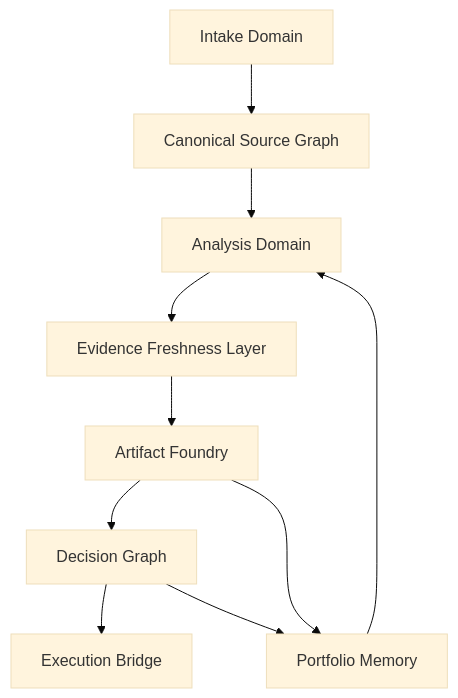
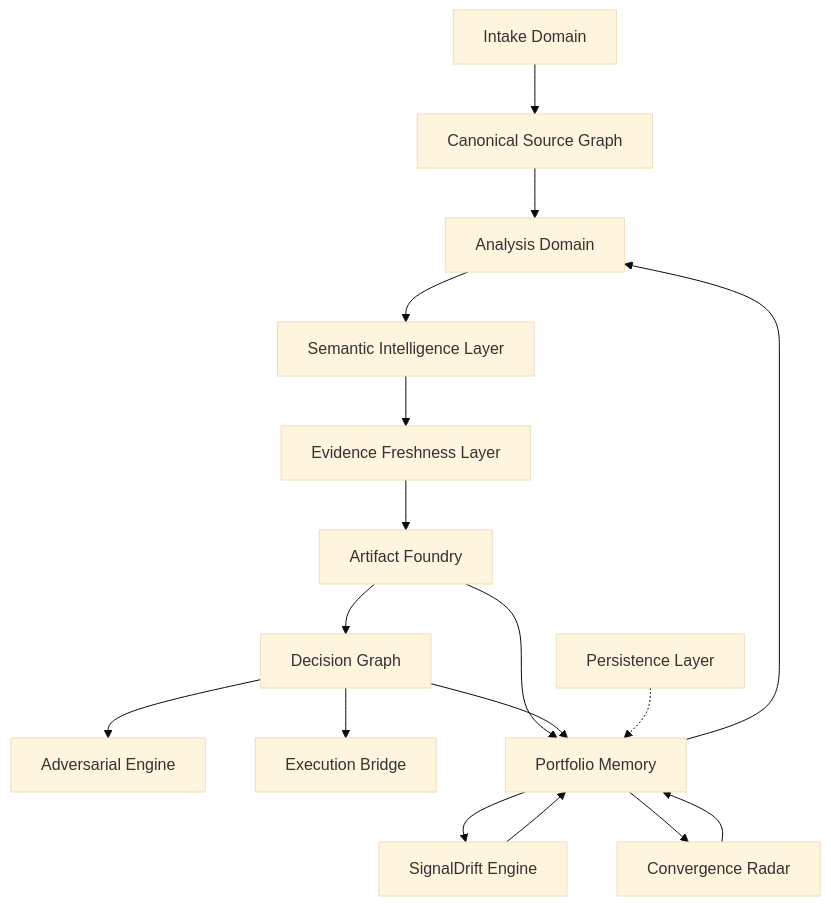
The first of 2 diagrams in docs/architecture.md (0shadow-Architect0/signalforge), drawn with Mermaid (base theme) before and after one commit. The commit also changed other lines of this file and 3 other files, not shown here.

````diff
--- a/docs/architecture.md
+++ b/docs/architecture.md
@@ -8,12 +8,19 @@
 ```mermaid
 flowchart TD
     A[Intake Domain] --> B[Canonical Source Graph]
     B --> C[Analysis Domain]
-    C --> T[Evidence Freshness Layer]
+    C --> SEM[Semantic Intelligence Layer]
+    SEM --> T[Evidence Freshness Layer]
     T --> D[Artifact Foundry]
     D --> E[Decision Graph]
+    E --> ADV[Adversarial Engine]
     E --> F[Execution Bridge]
     D --> G[Portfolio Memory]
     E --> G
     G --> C
+    G --> DRIFT[SignalDrift Engine]
+    DRIFT --> G
+    CONV[Convergence Radar] --> G
+    G --> CONV
+    PERSIST[Persistence Layer] -.-> G
 ```
````
